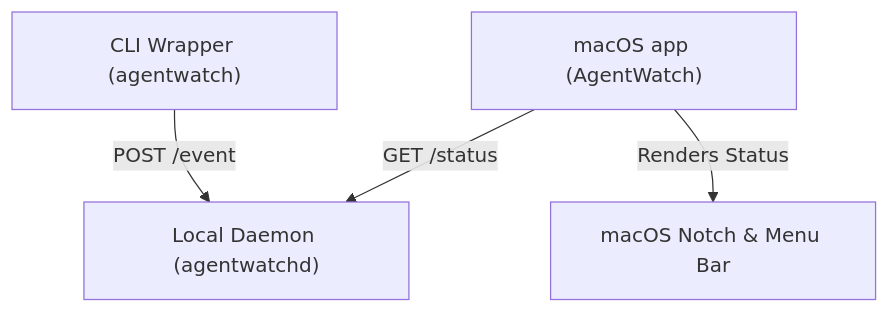
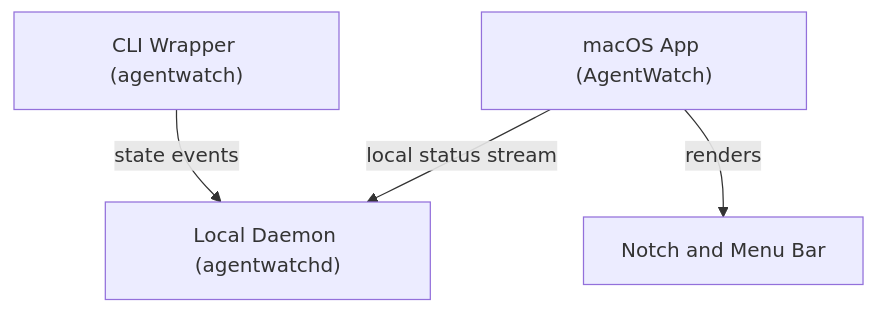
One commit to prasetyobu21/agentwatch changed the diagram in README.md. Above: the diagram before and after it, drawn with Mermaid. The commit also changed other lines of this file, not shown here.

````diff
--- a/README.md
+++ b/README.md
@@ -14,6 +194,6 @@
 ```mermaid
 graph TD
-    A["CLI Wrapper (agentwatch)"] -- POST /event --> B["Local Daemon (agentwatchd)"]
-    C["macOS app (AgentWatch)"] -- GET /status --> B
-    C -- Renders Status --> D["macOS Notch & Menu Bar"]
+    A["CLI Wrapper (agentwatch)"] -- "state events" --> B["Local Daemon (agentwatchd)"]
+    C["macOS App (AgentWatch)"] -- "local status stream" --> B
+    C -- "renders" --> D["Notch and Menu Bar"]
 ```
````
